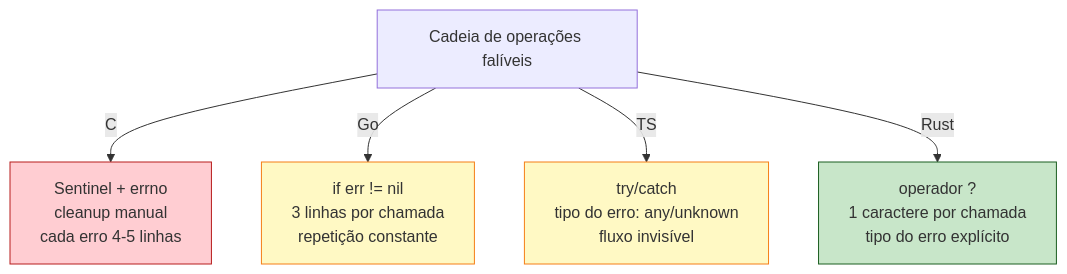
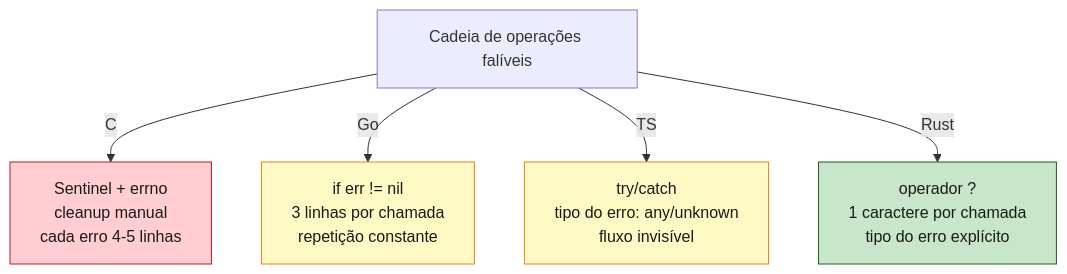
Before and after one commit to Felipeness/ferro-e-espirito: the second of 2 diagrams in book/part-05-composite-types/ch16-option-e-result.md, drawn with Mermaid. The commit also changed other lines of this file and 56 other files, not shown here.

First line of the commit message:
fix: contraste de texto em diagramas mermaid

````diff
--- a/book/part-05-composite-types/ch16-option-e-result.md
+++ b/book/part-05-composite-types/ch16-option-e-result.md
@@ -347,14 +347,14 @@
 ```mermaid
 graph TB
     Caminho[Cadeia de operações falíveis]
 
     Caminho -->|"C"| CMod["Sentinel + errno<br/>cleanup manual<br/>cada erro 4-5 linhas"]
     Caminho -->|"Go"| GMod["if err != nil<br/>3 linhas por chamada<br/>repetição constante"]
     Caminho -->|"TS"| TMod["try/catch<br/>tipo do erro: any/unknown<br/>fluxo invisível"]
     Caminho -->|"Rust"| RMod["operador ?<br/>1 caractere por chamada<br/>tipo do erro explícito"]
 
-    style RMod fill:#c8e6c9,stroke:#1b5e20
-    style GMod fill:#fff9c4,stroke:#f57f17
-    style TMod fill:#fff9c4,stroke:#f57f17
-    style CMod fill:#ffcdd2,stroke:#b71c1c
+    style RMod fill:#c8e6c9,stroke:#1b5e20,color:#1a1a1a
+    style GMod fill:#fff9c4,stroke:#f57f17,color:#1a1a1a
+    style TMod fill:#fff9c4,stroke:#f57f17,color:#1a1a1a
+    style CMod fill:#ffcdd2,stroke:#b71c1c,color:#1a1a1a
 ```
````
